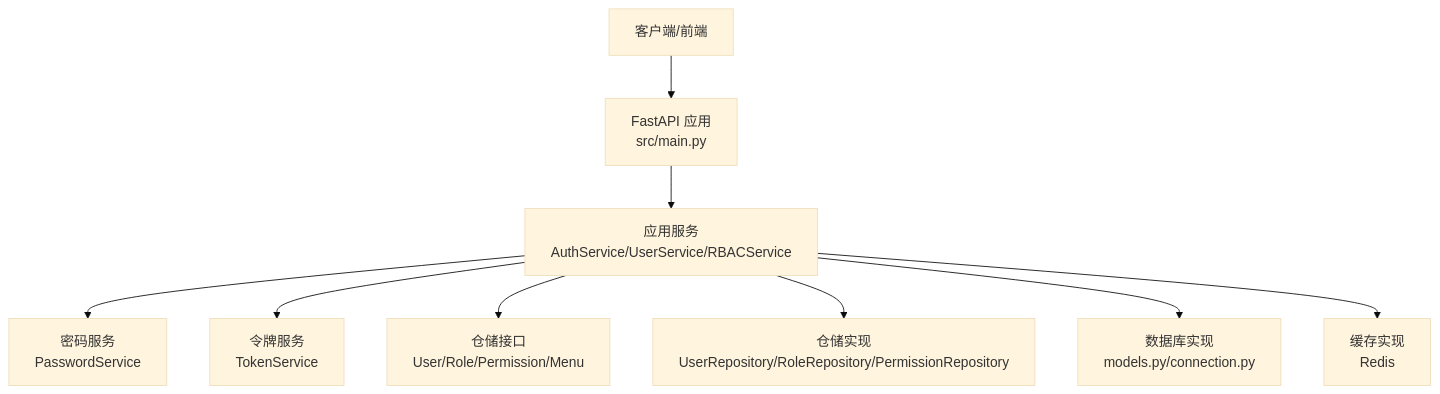
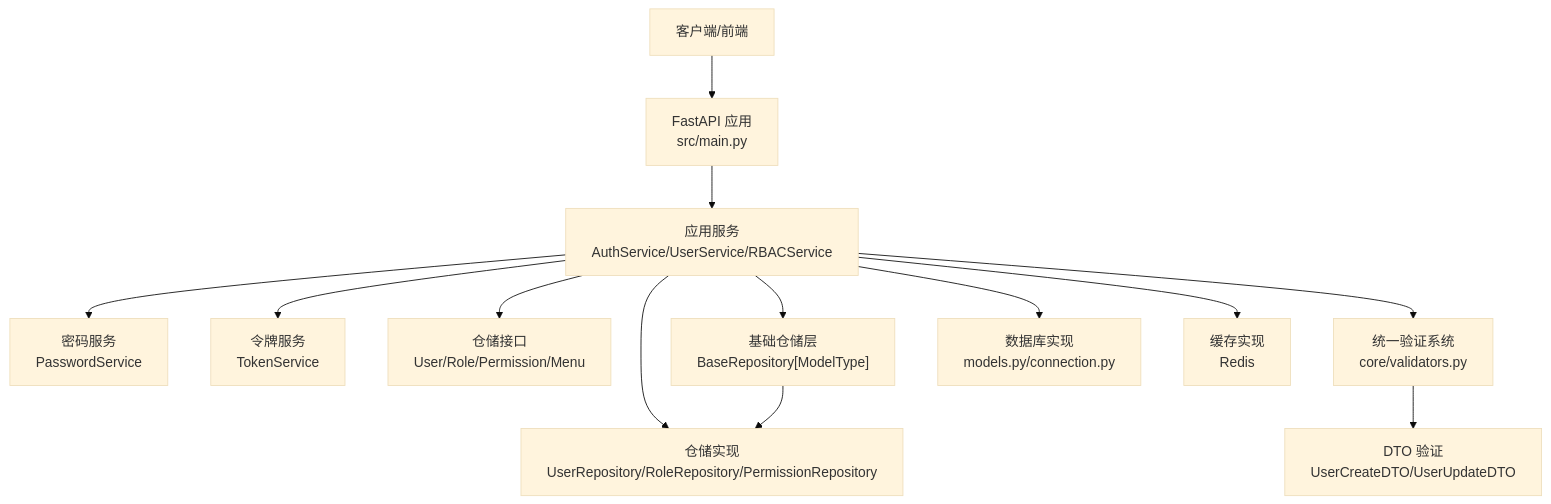
One commit to taoweidong/Hello-FastApi changed the second of 8 diagrams in .qoder/repowiki/zh/content/项目概述/架构设计/DDD 领域驱动设计.md. Above: the diagram before and after it, drawn with Mermaid (base theme). The commit also changed other lines of this file and 11 other files, not shown here.

````diff
--- a/.qoder/repowiki/zh/content/项目概述/架构设计/DDD 领域驱动设计.md
+++ b/.qoder/repowiki/zh/content/项目概述/架构设计/DDD 领域驱动设计.md
@@ -124,11 +153,15 @@
 ```mermaid
 graph TB
 Client["客户端/前端"] --> API["FastAPI 应用<br/>src/main.py"]
 API --> AppSvc["应用服务<br/>AuthService/UserService/RBACService"]
 AppSvc --> DomainPwd["密码服务<br/>PasswordService"]
 AppSvc --> DomainToken["令牌服务<br/>TokenService"]
 AppSvc --> RepoIntf["仓储接口<br/>User/Role/Permission/Menu"]
 AppSvc --> InfraRepo["仓储实现<br/>UserRepository/RoleRepository/PermissionRepository"]
+AppSvc --> BaseRepo["基础仓储层<br/>BaseRepository[ModelType]"]
+AppSvc --> Validators["统一验证系统<br/>core/validators.py"]
 AppSvc --> DB["数据库实现<br/>models.py/connection.py"]
 AppSvc --> Cache["缓存实现<br/>Redis"]
+BaseRepo --> InfraRepo
+Validators --> DTO["DTO 验证<br/>UserCreateDTO/UserUpdateDTO"]
 ```
````
